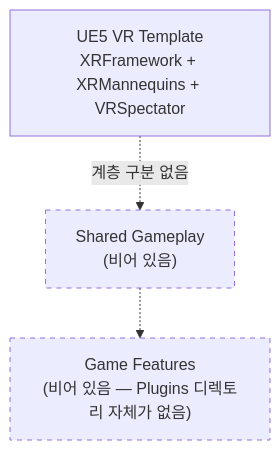
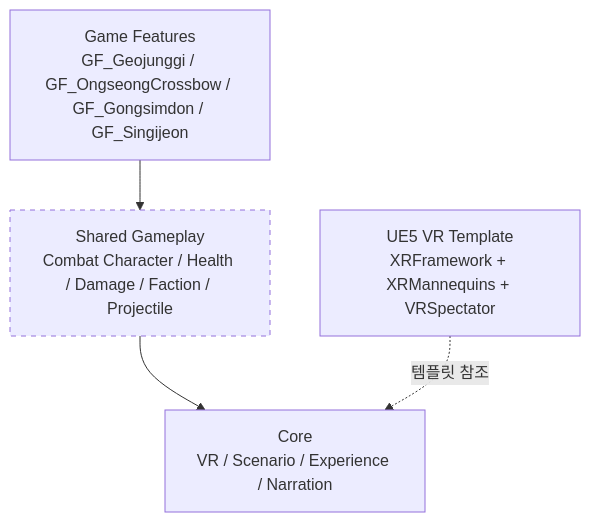
The second of 9 diagrams in docs/ARCHITECTURE.md (jihoon-c/SuwonSiegeContestVR), drawn with Mermaid before and after one commit. The commit also changed other lines of this file and 51 other files, not shown here.

Commit message:
feat: add shared combat AI and chongtong defense

````diff
--- a/docs/ARCHITECTURE.md
+++ b/docs/ARCHITECTURE.md
@@ -74,12 +74,13 @@
 ```mermaid
 graph TD
     TPL["UE5 VR Template<br/>XRFramework + XRMannequins + VRSpectator"]
-    NONE1["Shared Gameplay<br/>(비어 있음)"]
-    NONE2["Game Features<br/>(비어 있음 — Plugins 디렉토리 자체가 없음)"]
+    CORE["Core<br/>VR / Scenario / Experience / Narration"]
+    SHARED["Shared Gameplay<br/>Combat Character / Health / Damage / Faction / Projectile"]
+    GF["Game Features<br/>GF_Geojunggi / GF_OngseongCrossbow / GF_Gongsimdon / GF_Singijeon"]
 
-    TPL -.->|"계층 구분 없음"| NONE1
-    NONE1 -.-> NONE2
+    GF --> SHARED
+    SHARED --> CORE
+    TPL -.->|"템플릿 참조"| CORE
 
-    style NONE1 stroke-dasharray: 5 5
-    style NONE2 stroke-dasharray: 5 5
+    style SHARED stroke-dasharray: 5 5
 ```
````
